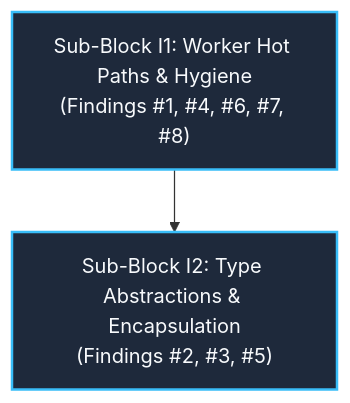
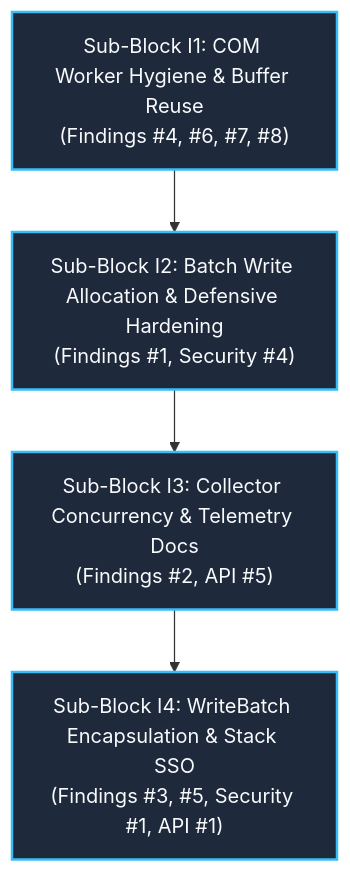
The diagram in refactor/cycle2_blockI_review.md (wends155/opc-cli), drawn with Mermaid before and after one commit. The commit also changed other lines of this file, not shown here.

Commit message:
docs(review): update Block I qualitative review with 4-sub-block natural decomposition

````diff
--- a/refactor/cycle2_blockI_review.md
+++ b/refactor/cycle2_blockI_review.md
@@ -239,10 +63,14 @@
 ```mermaid
 graph TD
-    I1["Sub-Block I1: Worker Hot Paths & Hygiene<br>(Findings #1, #4, #6, #7, #8)"]
-    I2["Sub-Block I2: Type Abstractions & Encapsulation<br>(Findings #2, #3, #5)"]
+    I1["Sub-Block I1: COM Worker Hygiene & Buffer Reuse<br>(Findings #4, #6, #7, #8)"]
+    I2["Sub-Block I2: Batch Write Allocation & Defensive Hardening<br>(Findings #1, Security #4)"]
+    I3["Sub-Block I3: Collector Concurrency & Telemetry Docs<br>(Findings #2, API #5)"]
+    I4["Sub-Block I4: WriteBatch Encapsulation & Stack SSO<br>(Findings #3, #5, Security #1, API #1)"]
 
     I1 --> I2
+    I2 --> I3
+    I3 --> I4
 
     classDef block fill:#1e293b,stroke:#38bdf8,stroke-width:2px,color:#f8fafc;
-    class I1,I2 block;
+    class I1,I2,I3,I4 block;
 ```
````
